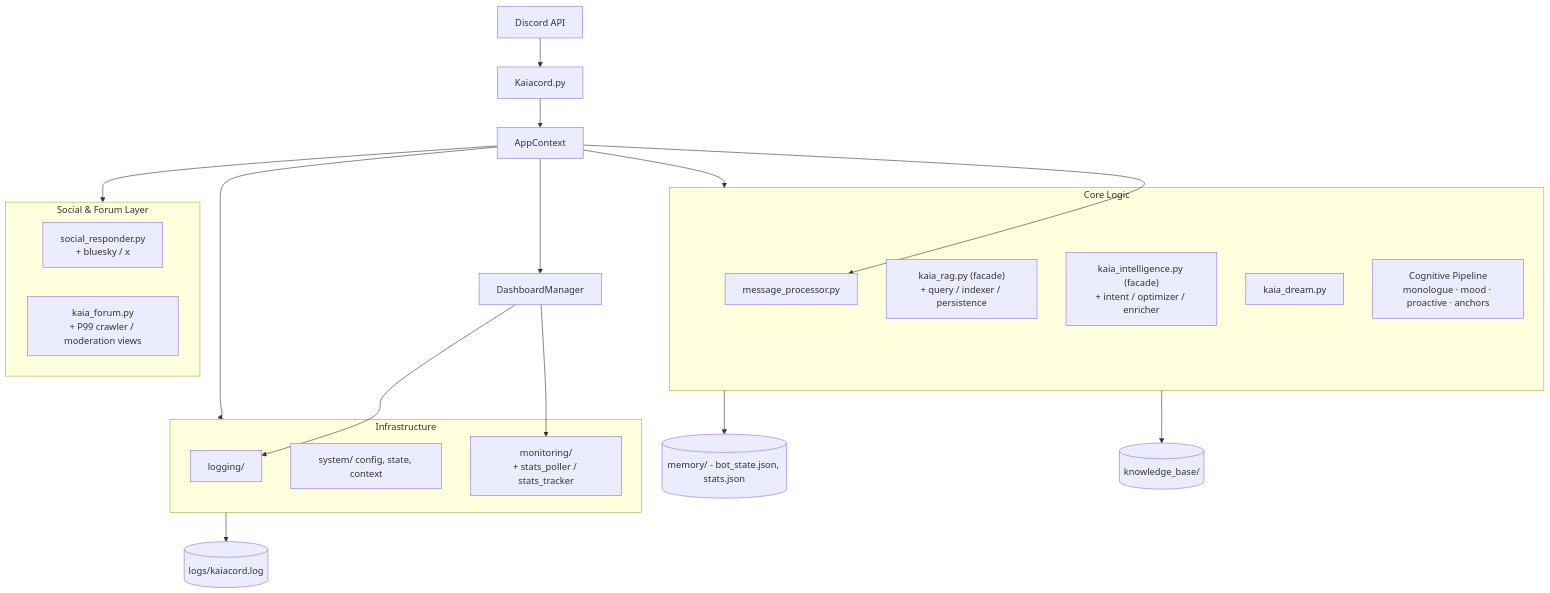
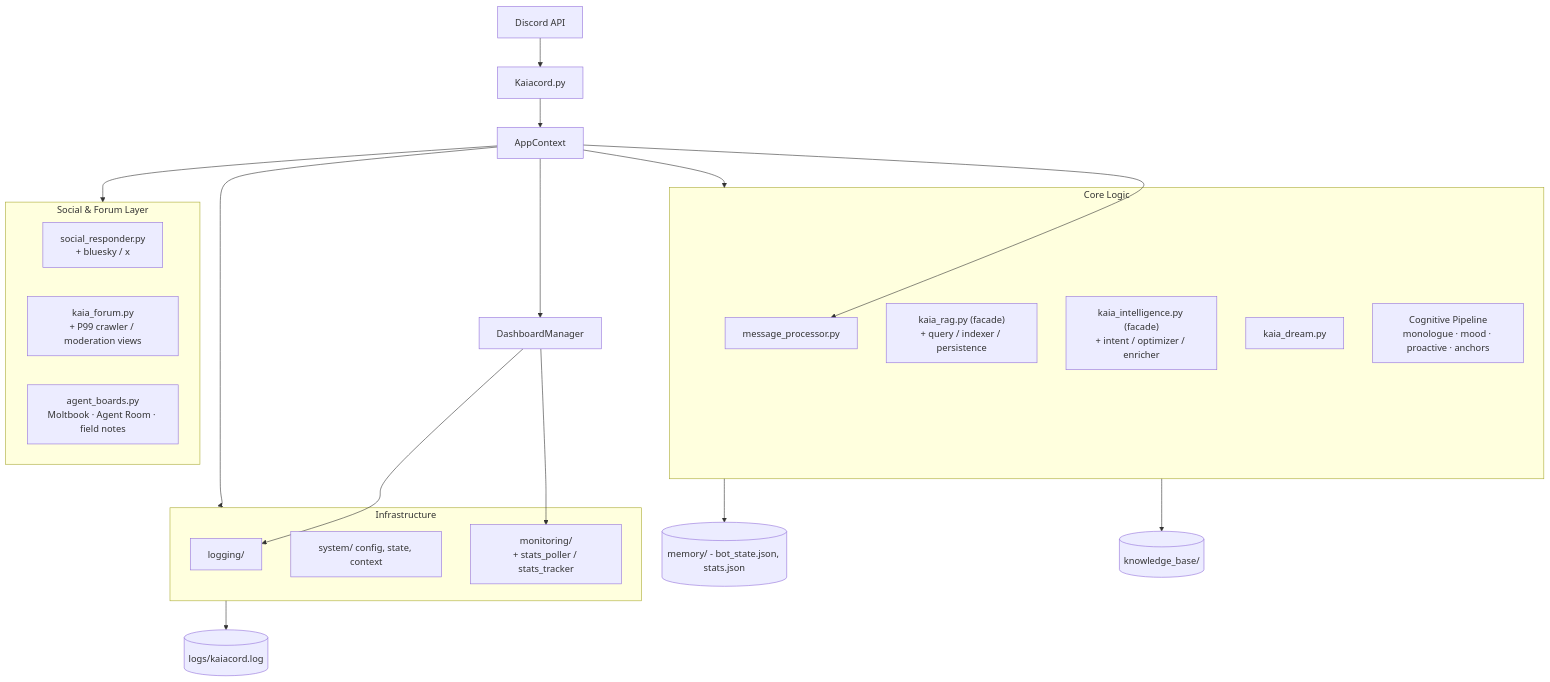
Before and after one commit to Ekco-S64QTN6/Kaiacord: the first of 2 diagrams in docs/03-architecture/overview.md, drawn with Mermaid. The commit also changed other lines of this file and 7 other files, not shown here.

First line of the commit message:
[docs] Architecture, utils, social, RAG and troubleshooting docs catch up with the boards, records, the booth and the stutter fix

````diff
--- a/docs/03-architecture/overview.md
+++ b/docs/03-architecture/overview.md
@@ -9,36 +9,37 @@
 ```mermaid
 graph TB
     Discord[Discord API] --> Kaiacord[Kaiacord.py]
     Kaiacord --> Ctx[AppContext]
     Ctx --> DM[DashboardManager]
     Ctx --> MP[MessageProcessor]
     
     subgraph CL ["Core Logic"]
         RAG["kaia_rag.py (facade)\n+ query / indexer / persistence"]
         Intel["kaia_intelligence.py (facade)\n+ intent / optimizer / enricher"]
         Dream[kaia_dream.py]
         MP[message_processor.py]
         COG["Cognitive Pipeline\nmonologue · mood · proactive · anchors"]
     end
 
     subgraph SOC ["Social & Forum Layer"]
         Social["social_responder.py\n+ bluesky / x"]
         Forum["kaia_forum.py\n+ P99 crawler / moderation views"]
+        Boards["agent_boards.py\nMoltbook · Agent Room · field notes"]
     end
     
     subgraph INF ["Infrastructure"]
         Logging["logging/"]
         System["system/ config, state, context"]
         Monitoring["monitoring/\n+ stats_poller / stats_tracker"]
     end
     
     Ctx --> CL
     Ctx --> INF
     Ctx --> SOC
     DM --> Logging
     DM --> Monitoring
     
     INF --> Logs[(logs/kaiacord.log)]
     CL --> Memory[(memory/ - bot_state.json, stats.json)]
     CL --> KB[(knowledge_base/)]
 ```
````
